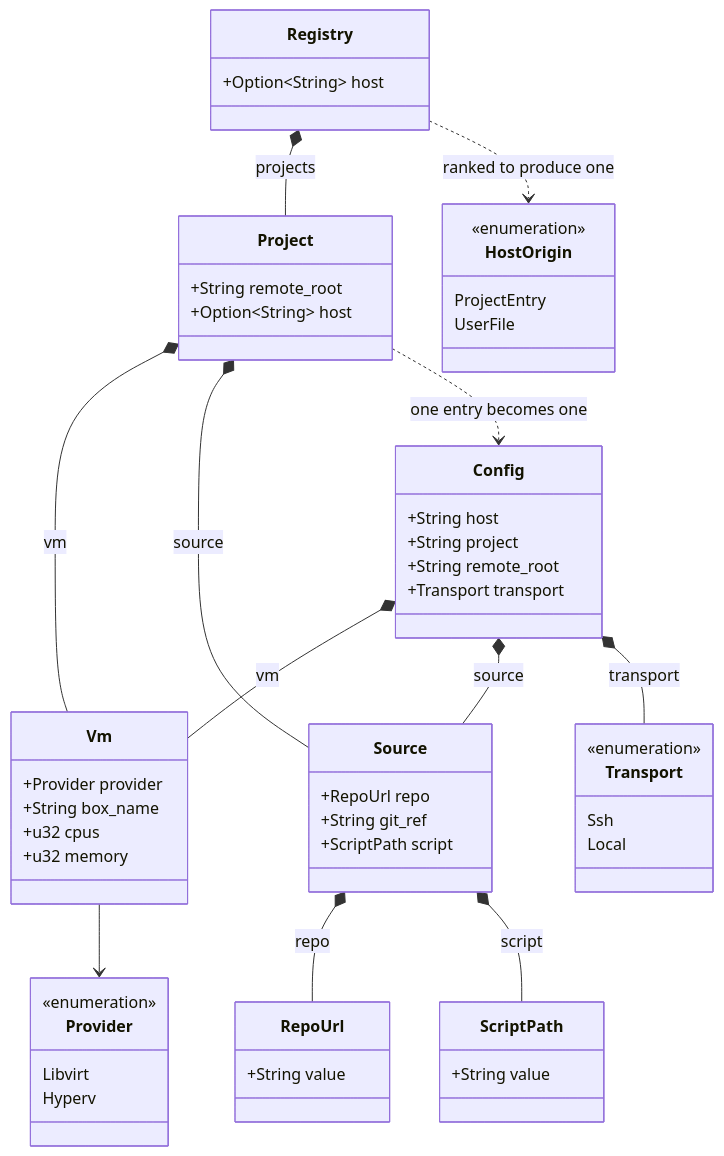
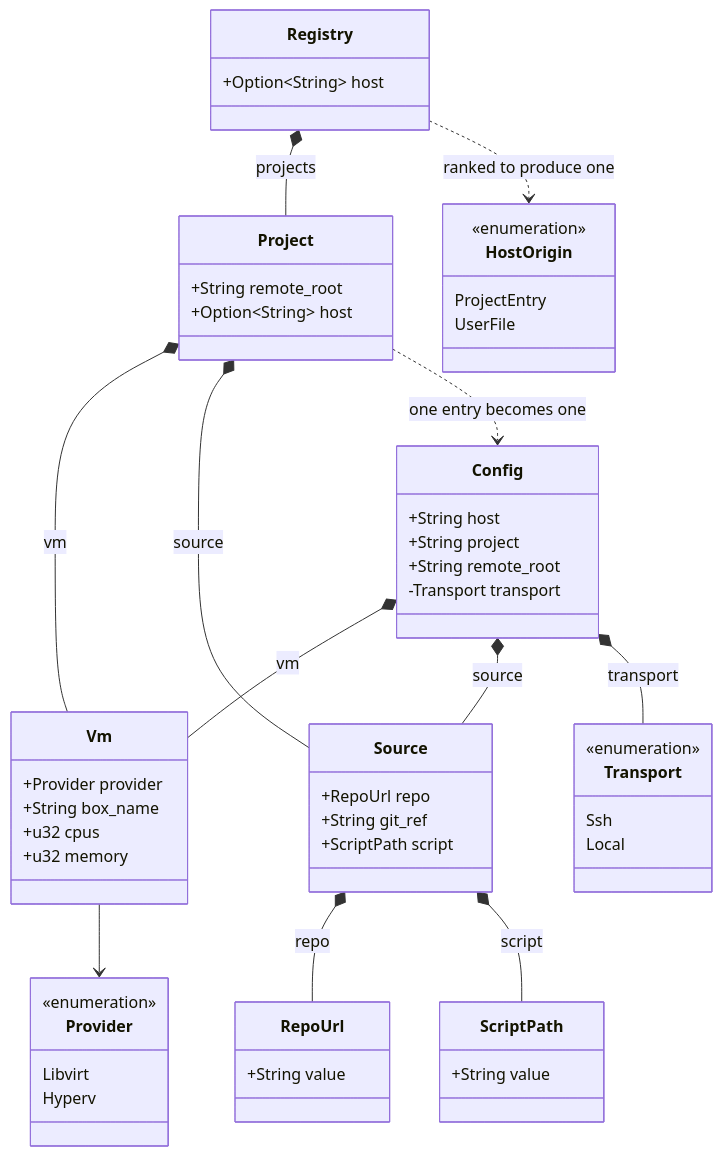
Before and after one commit to breki/bombyx: the third of 6 diagrams in docs/architecture.md, drawn with Mermaid. The commit also changed other lines of this file and 21 other files, not shown here.

````diff
--- a/docs/architecture.md
+++ b/docs/architecture.md
@@ -145,60 +184,60 @@
 ```mermaid
 classDiagram
   class Config {
     +String host
     +String project
     +String remote_root
-    +Transport transport
+    -Transport transport
   }
   class Vm {
     +Provider provider
     +String box_name
     +u32 cpus
     +u32 memory
   }
   class Source {
     +RepoUrl repo
     +String git_ref
     +ScriptPath script
   }
   class RepoUrl {
     +String value
   }
   class ScriptPath {
     +String value
   }
   class Provider {
     <<enumeration>>
     Libvirt
     Hyperv
   }
   class Registry {
     +Option~String~ host
   }
   class Project {
     +String remote_root
     +Option~String~ host
   }
   class HostOrigin {
     <<enumeration>>
     ProjectEntry
     UserFile
   }
   class Transport {
     <<enumeration>>
     Ssh
     Local
   }
 
   Config *-- Vm : vm
   Config *-- Source : source
   Config *-- Transport : transport
   Registry *-- Project : projects
   Project *-- Vm : vm
   Project *-- Source : source
   Project ..> Config : one entry becomes one
   Vm --> Provider
   Source *-- RepoUrl : repo
   Source *-- ScriptPath : script
   Registry ..> HostOrigin : ranked to produce one
 ```
````
